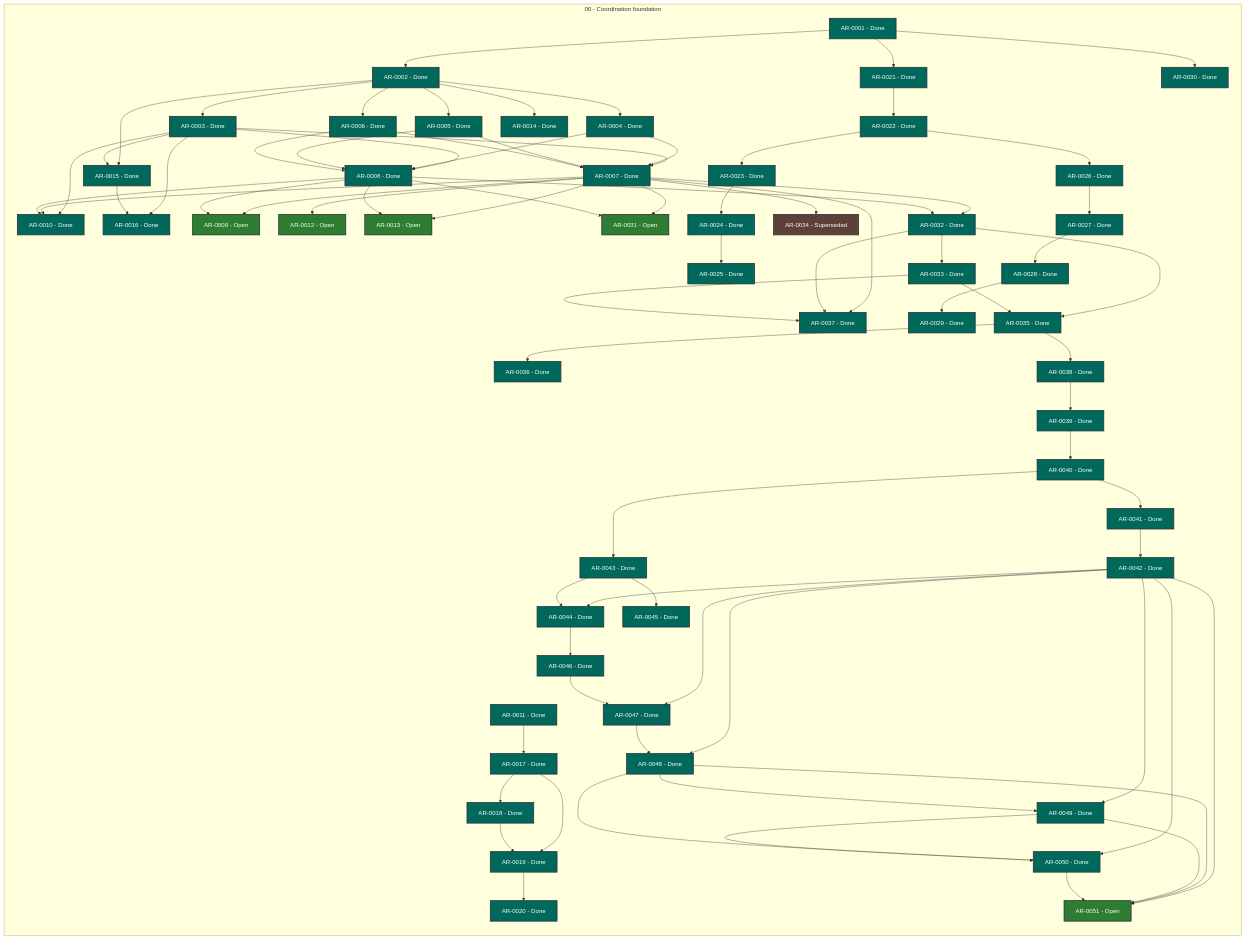
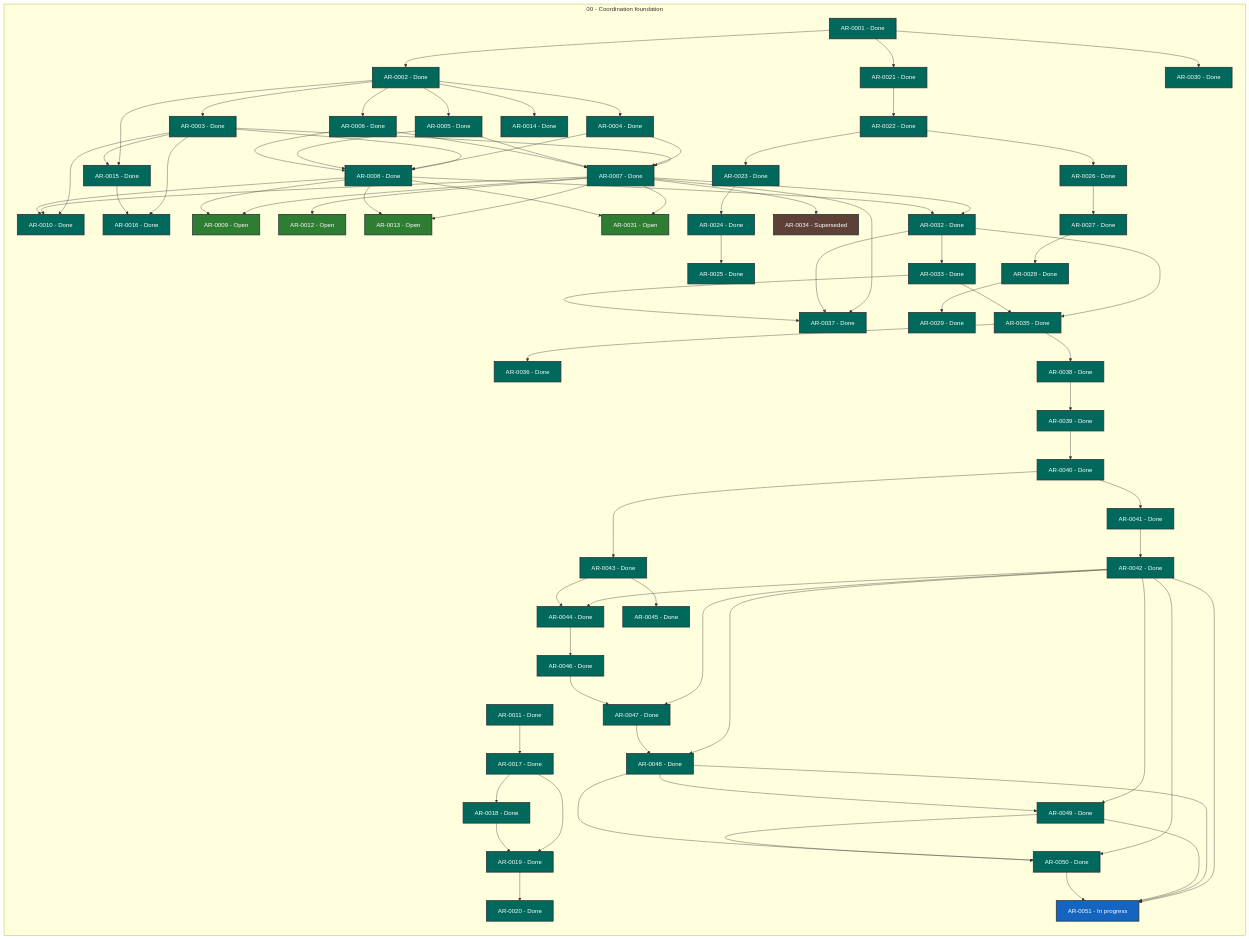
The diagram in STATUS.md (martin-beck/agent-workflow-coordinator-state), drawn with Mermaid before and after one commit. The commit also changed other lines of this file and 2 other files, not shown here.

```diff
--- a/STATUS.md
+++ b/STATUS.md
@@ -78,7 +78,7 @@
         AR_0048["AR-0048 - Done"]:::status_done
         AR_0049["AR-0049 - Done"]:::status_done
         AR_0050["AR-0050 - Done"]:::status_done
-        AR_0051["AR-0051 - Open"]:::status_open
+        AR_0051["AR-0051 - In progress"]:::status_in_progress
     end
     AR_0001 --> AR_0002
     AR_0001 --> AR_0021
```
